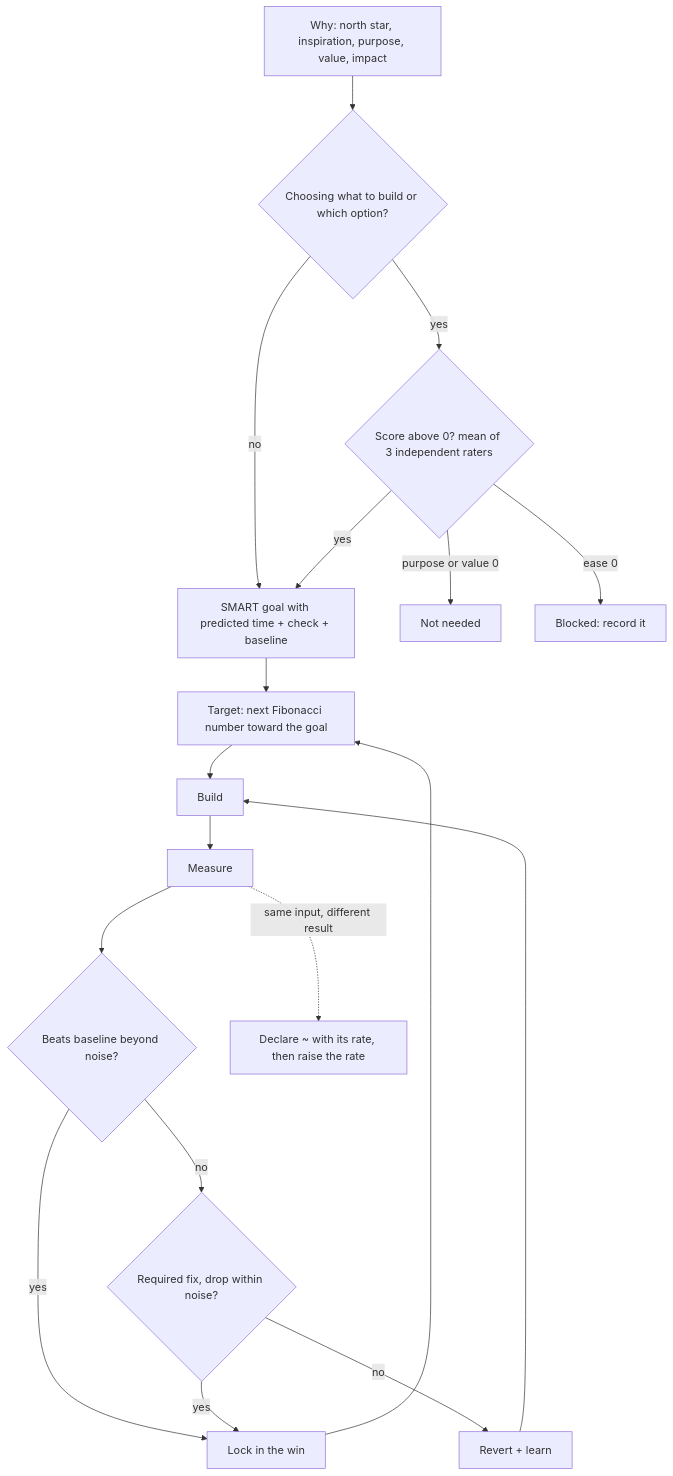
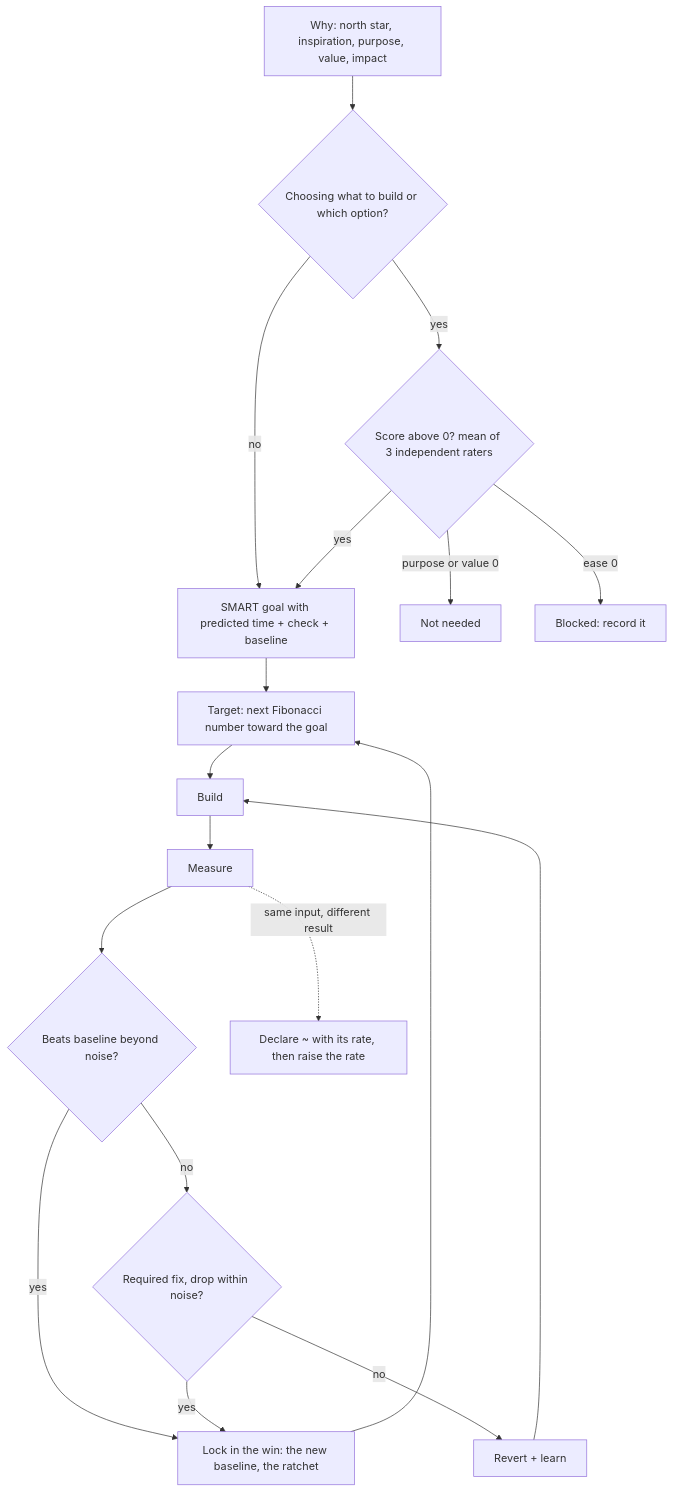
The seventh of 14 diagrams in AGENTS.md (SolenixAI/arbiter), drawn with Mermaid before and after one commit. The commit also changed other lines of this file and 1 other file, not shown here.

First line of the commit message:
docs(agents): section 6 becomes Compounding wins, the three-body ratchet

````diff
--- a/AGENTS.md
+++ b/AGENTS.md
@@ -299,16 +301,16 @@
 ```mermaid
 flowchart TD
   PV["Why: north star, inspiration, purpose, value, impact"] --> CH{Choosing what to build or which option?}
   CH -->|yes| S{Score above 0? mean of 3 independent raters}
   CH -->|no| G
   S -->|purpose or value 0| N[Not needed]
   S -->|ease 0| B[Blocked: record it]
   S -->|yes| G[SMART goal with predicted time + check + baseline]
   G --> T[Target: next Fibonacci number toward the goal] --> BU[Build] --> M[Measure]
   M --> K{Beats baseline beyond noise?}
-  K -->|yes| L[Lock in the win] --> T
+  K -->|yes| L[Lock in the win: the new baseline, the ratchet] --> T
   K -->|no| RF{Required fix, drop within noise?}
   RF -->|yes| L
   RF -->|no| R[Revert + learn] --> BU
   M -.->|same input, different result| Z["Declare ~ with its rate, then raise the rate"]
 ```
````
